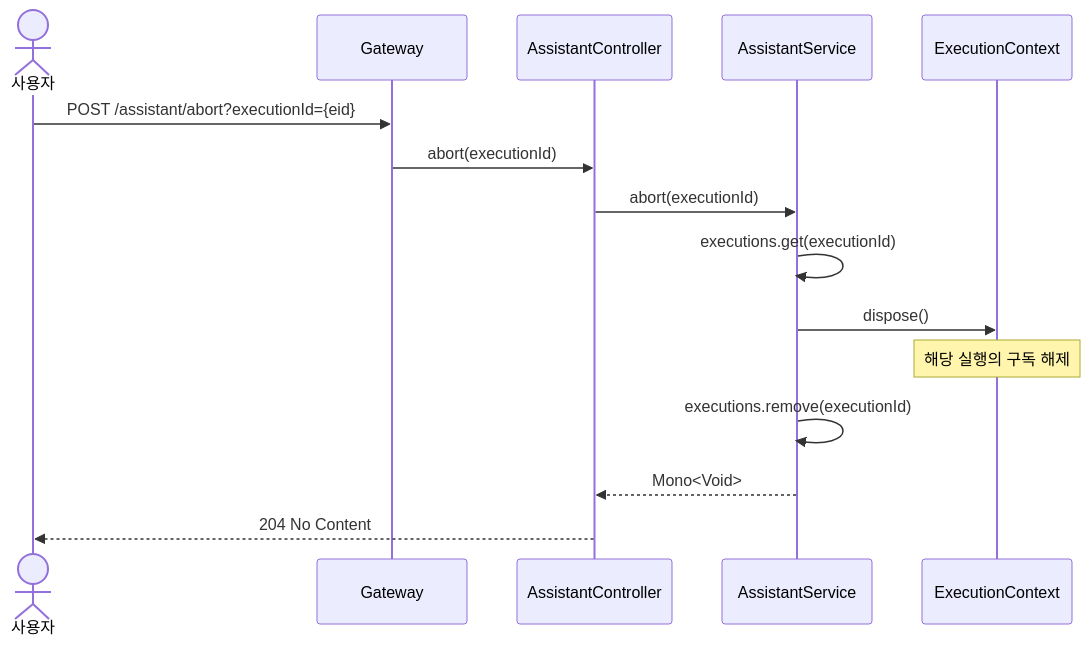
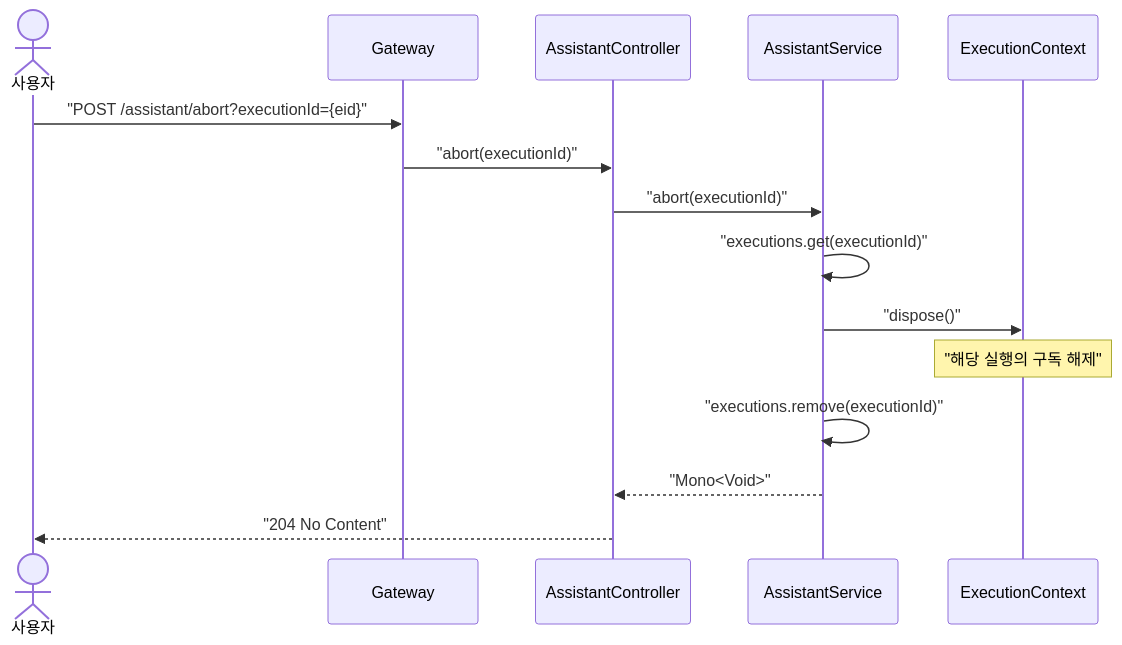
One commit to sayaya1090/handbook changed the fourth of 13 diagrams in assistant/USECASE.md. Above: the diagram before and after it, drawn with Mermaid. The commit also changed other lines of this file and 22 other files, not shown here.

First line of the commit message:
docs: Mermaid 다이어그램 렌더링 오류 수정을 위한 구문 전수 교정

````diff
--- a/assistant/USECASE.md
+++ b/assistant/USECASE.md
@@ -126,18 +126,18 @@
 ```mermaid
 sequenceDiagram
     actor User as 사용자
     participant GW as Gateway
     participant Ctrl as AssistantController
     participant Svc as AssistantService
     participant Ctx as ExecutionContext
 
-    User->>GW: POST /assistant/abort?executionId={eid}
-    GW->>Ctrl: abort(executionId)
-    Ctrl->>Svc: abort(executionId)
-    Svc->>Svc: executions.get(executionId)
-    Svc->>Ctx: dispose()
-    Note over Ctx: 해당 실행의 구독 해제
-    Svc->>Svc: executions.remove(executionId)
-    Svc-->>Ctrl: Mono<Void>
-    Ctrl-->>User: 204 No Content
+    User->>GW: "POST /assistant/abort?executionId={eid}"
+    GW->>Ctrl: "abort(executionId)"
+    Ctrl->>Svc: "abort(executionId)"
+    Svc->>Svc: "executions.get(executionId)"
+    Svc->>Ctx: "dispose()"
+    Note over Ctx: "해당 실행의 구독 해제"
+    Svc->>Svc: "executions.remove(executionId)"
+    Svc-->>Ctrl: "Mono<Void>"
+    Ctrl-->>User: "204 No Content"
 ```
````
